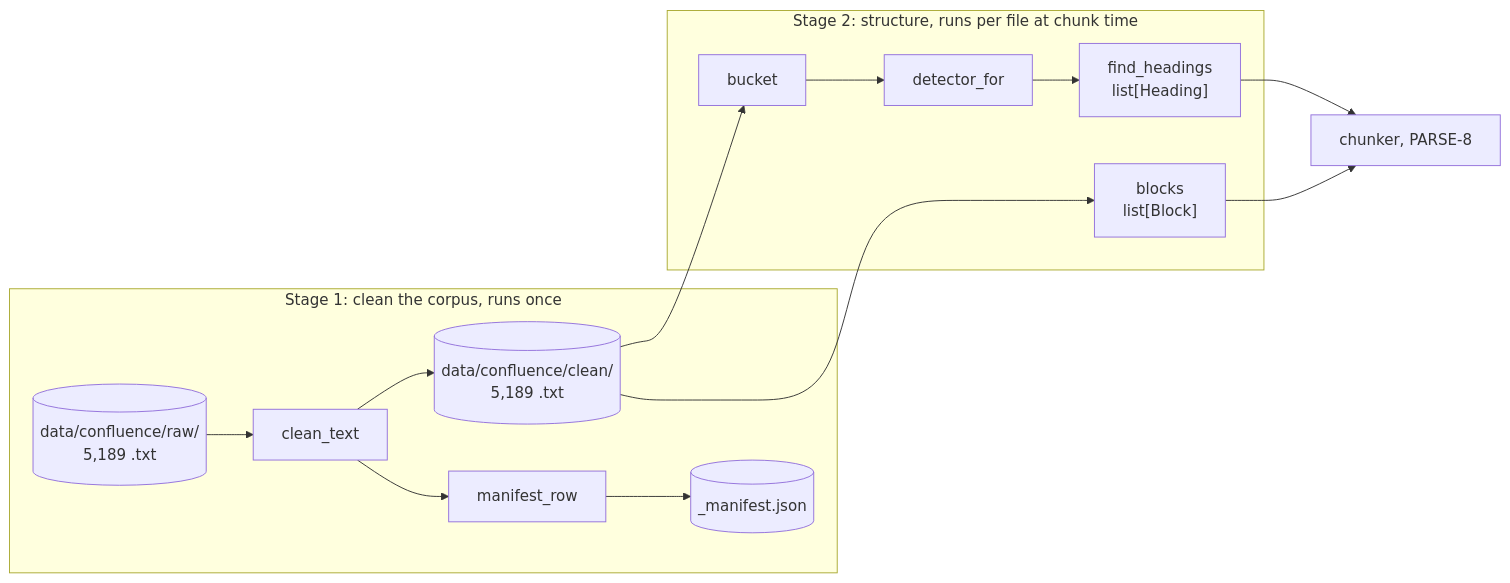
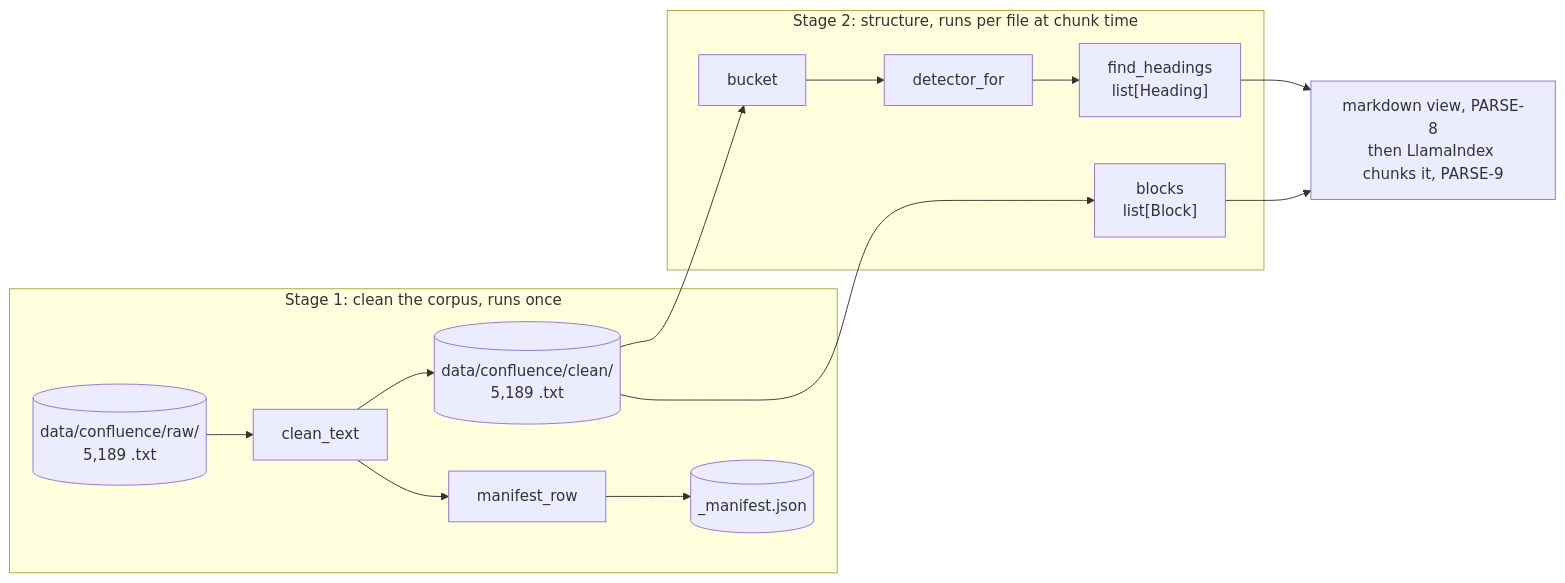
The diagram in docs/design/1-parser-system-design.md (deepakdantagani/enterprise-rag), drawn with Mermaid before and after one commit. The commit also changed other lines of this file and 5 other files, not shown here.

First line of the commit message:
Chunking redesign: no custom chunker; markdown_view writes the #s, LlamaIndex MarkdownNodeParser + SentenceSplitter chunk

````diff
--- a/docs/design/1-parser-system-design.md
+++ b/docs/design/1-parser-system-design.md
@@ -34,13 +34,13 @@
 ```mermaid
 flowchart LR
     subgraph stage1 [Stage 1: clean the corpus, runs once]
         RAW[(data/confluence/raw/<br/>5,189 .txt)] --> CT[clean_text] --> CLEAN[(data/confluence/clean/<br/>5,189 .txt)]
         CT --> MR[manifest_row] --> MAN[(_manifest.json)]
     end
     subgraph stage2 [Stage 2: structure, runs per file at chunk time]
         CLEAN --> B[bucket] --> D[detector_for] --> H["find_headings<br/>list[Heading]"]
         CLEAN --> BL["blocks<br/>list[Block]"]
     end
-    H --> CH[chunker, PARSE-8]
+    H --> CH["markdown view, PARSE-8<br/>then LlamaIndex chunks it, PARSE-9"]
     BL --> CH
 ```
````
